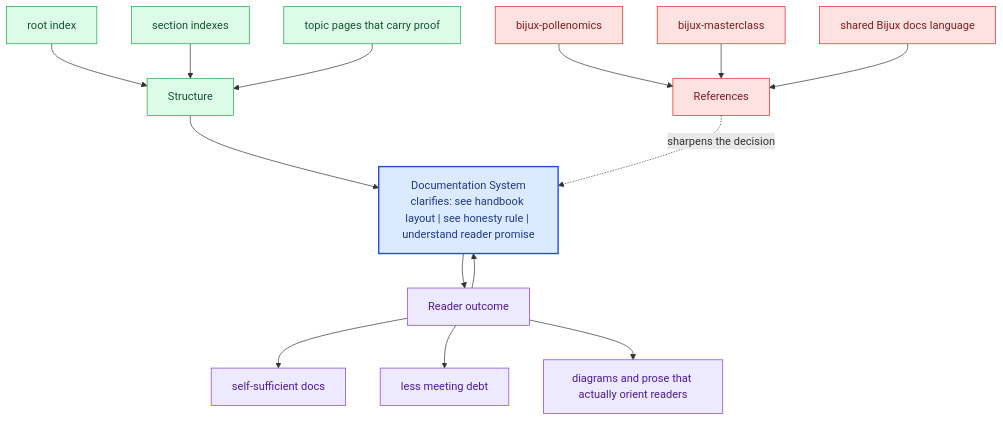
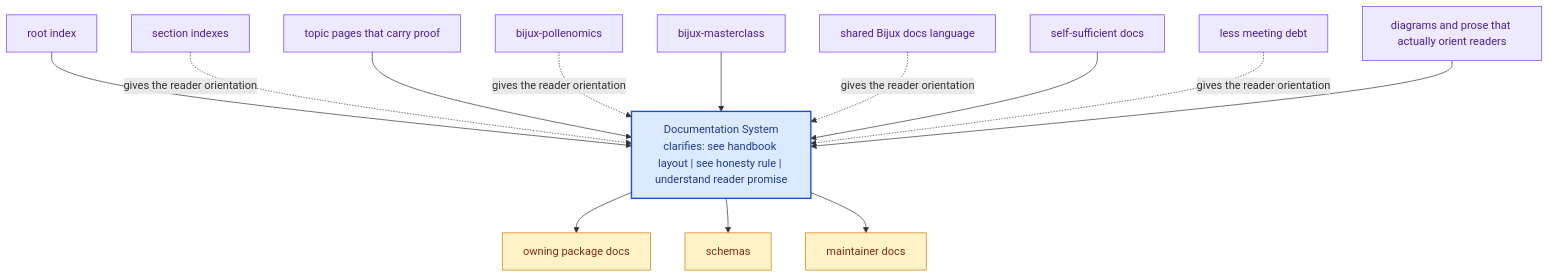
The diagram in docs/bijux-canon/documentation-system.md (bijux/bijux-canon), drawn with Mermaid before and after one commit. The commit also changed other lines of this file and 281 other files, not shown here.

Commit message:
docs(diagrams): replace repeated mermaid scaffolds with page-specific summaries

````diff
--- a/docs/bijux-canon/documentation-system.md
+++ b/docs/bijux-canon/documentation-system.md
@@ -76,40 +31,36 @@
 ```mermaid
 flowchart TB
-    promise["Documentation System<br/>clarifies: see handbook layout | see honesty rule | understand reader promise"]
-    classDef promise fill:#dbeafe,stroke:#1d4ed8,color:#1e3a8a,stroke-width:2px;
-    classDef driver fill:#dcfce7,stroke:#16a34a,color:#14532d;
-    classDef constraint fill:#fee2e2,stroke:#dc2626,color:#7f1d1d;
-    classDef ground fill:#ede9fe,stroke:#7c3aed,color:#4c1d95;
-    focus1["Structure"]
-    focus1 --> promise
-    focus1_1["root index"]
-    focus1_1 --> focus1
-    focus1_2["section indexes"]
-    focus1_2 --> focus1
-    focus1_3["topic pages that carry proof"]
-    focus1_3 --> focus1
-    class focus1 driver;
-    class focus1_1,focus1_2,focus1_3 driver;
-    focus2["References"]
-    focus2 -.sharpens the decision.-> promise
-    focus2_1["bijux-pollenomics"]
-    focus2_1 --> focus2
-    focus2_2["bijux-masterclass"]
-    focus2_2 --> focus2
-    focus2_3["shared Bijux docs language"]
-    focus2_3 --> focus2
-    class focus2 constraint;
-    class focus2_1,focus2_2,focus2_3 constraint;
-    focus3["Reader outcome"]
-    focus3 --> promise
-    promise --> focus3
-    focus3_1["self-sufficient docs"]
-    focus3 --> focus3_1
-    focus3_2["less meeting debt"]
-    focus3 --> focus3_2
-    focus3_3["diagrams and prose that actually orient readers"]
-    focus3 --> focus3_3
-    class focus3 ground;
-    class focus3_1,focus3_2,focus3_3 ground;
-    class promise promise;
+    page["Documentation System<br/>clarifies: see handbook layout | see honesty rule | understand reader promise"]
+    classDef page fill:#dbeafe,stroke:#1d4ed8,color:#1e3a8a,stroke-width:2px;
+    classDef positive fill:#dcfce7,stroke:#16a34a,color:#14532d;
+    classDef caution fill:#fee2e2,stroke:#dc2626,color:#7f1d1d;
+    classDef anchor fill:#ede9fe,stroke:#7c3aed,color:#4c1d95;
+    classDef action fill:#fef3c7,stroke:#d97706,color:#7c2d12;
+    detail1["root index"]
+    detail1 --> page
+    detail2["section indexes"]
+    detail2 -.gives the reader orientation.-> page
+    detail3["topic pages that carry proof"]
+    detail3 --> page
+    detail4["bijux-pollenomics"]
+    detail4 -.gives the reader orientation.-> page
+    detail5["bijux-masterclass"]
+    detail5 --> page
+    detail6["shared Bijux docs language"]
+    detail6 -.gives the reader orientation.-> page
+    detail7["self-sufficient docs"]
+    detail7 --> page
+    detail8["less meeting debt"]
+    detail8 -.gives the reader orientation.-> page
+    detail9["diagrams and prose that actually orient readers"]
+    detail9 --> page
+    next1["owning package docs"]
+    page --> next1
+    next2["schemas"]
+    page --> next2
+    next3["maintainer docs"]
+    page --> next3
+    class page page;
+    class detail1,detail2,detail3,detail4,detail5,detail6,detail7,detail8,detail9 anchor;
+    class next1,next2,next3 action;
 ```
````
